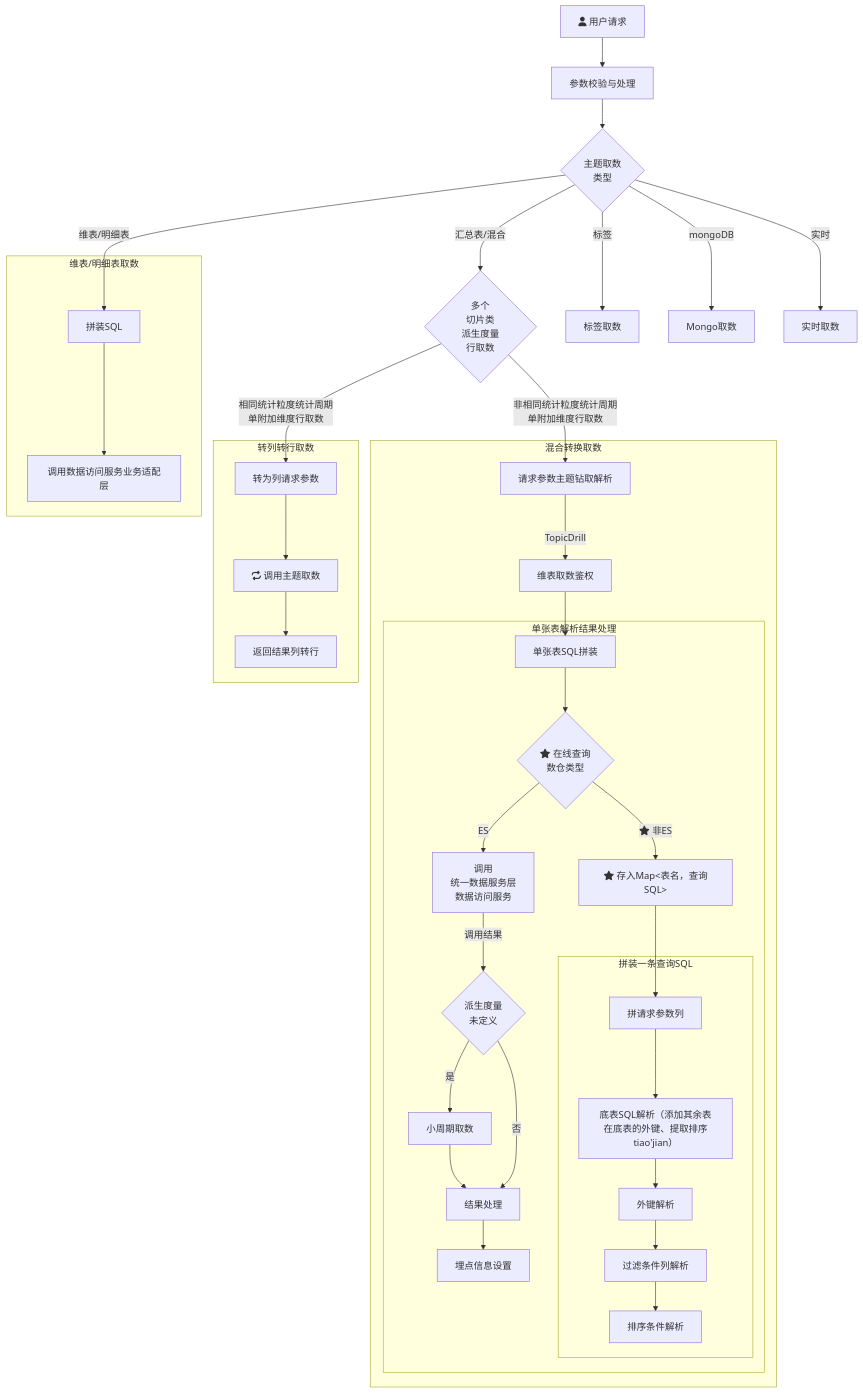
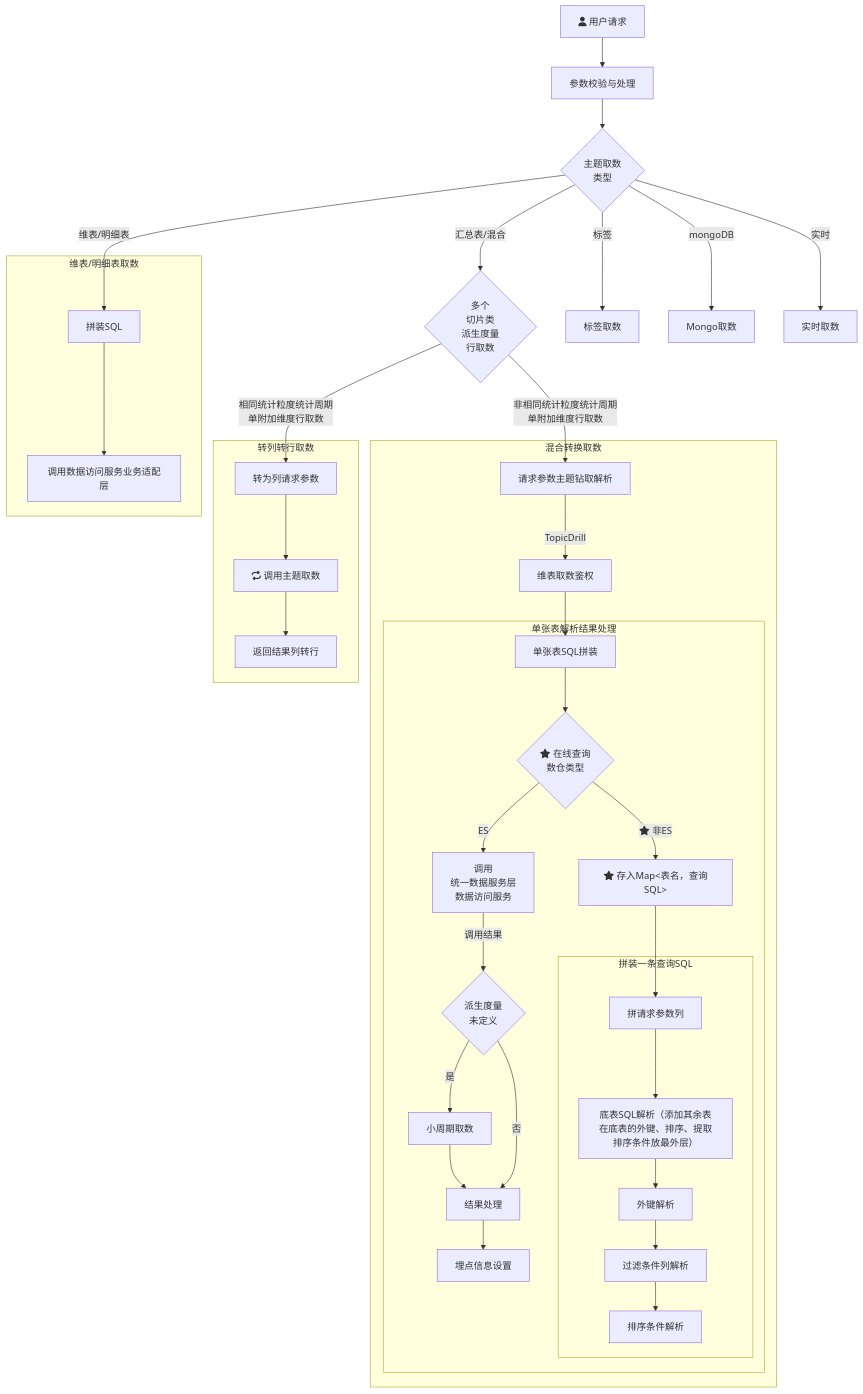
Before and after one commit to yanglosm/iodraw-files: the diagram in all/未命名.md, drawn with Mermaid.

Commit message:
2024-11-29 19:37:55 update

````diff
--- a/all/未命名.md
+++ b/all/未命名.md
@@ -1,30 +1,30 @@
 ```mermaid
 flowchart TD
     A[fa:fa-user 用户请求] -->A1[参数校验与处理] --> B{主题取数\n类型}
     B -->|维表/明细表| D[拼装SQL]
     B -->|汇总表/混合| E{多个\n切片类\n派生度量\n行取数}
     B -->|标签| F[标签取数]
     B -->|mongoDB| G[Mongo取数]
     B -->|实时| H[实时取数]
     E -->|相同统计粒度统计周期\n单附加维度行取数| E1[转为列请求参数]
     E -->|非相同统计粒度统计周期\n单附加维度行取数| T1[请求参数主题钻取解析]
     subgraph 维表/明细表取数
     D-->D1[调用数据访问服务业务适配层]
     end
     subgraph 转列转行取数
     E1-->E11[fa:fa-repeat 调用主题取数]-->E12[返回结果列转行]
     end
     subgraph 混合转换取数
     T1-->|TopicDrill| T2[维表取数鉴权] --> T31[单张表SQL拼装]
         subgraph 单张表解析结果处理
         T31 --> T4{fa:fa-star 在线查询\n数仓类型}-->|ES|T32[调用\n统一数据服务层\n数据访问服务] --> |调用结果|T33{派生度量\n未定义}
         T33 --> |是|T33_1[小周期取数]-->T34[结果处理]-->T35[埋点信息设置]
         T33 --> |否|T34
         T4 --> |fa:fa-star 非ES|T41["fa:fa-star 存入Map<表名，查询SQL>"]
         T41 --> T42[拼请求参数列]
             subgraph 拼装一条查询SQL
-            T42 --> M1[底表SQL解析（添加其余表在底表的外键、提取排序tiao'jian）] --> M2[外键解析] --> 过滤条件列解析 --> 排序条件解析
+            T42 --> M1[底表SQL解析（添加其余表在底表的外键、排序、提取排序条件放最外层）] --> M2[外键解析] --> 过滤条件列解析 --> 排序条件解析
             end
         end
     end
 ```
````
